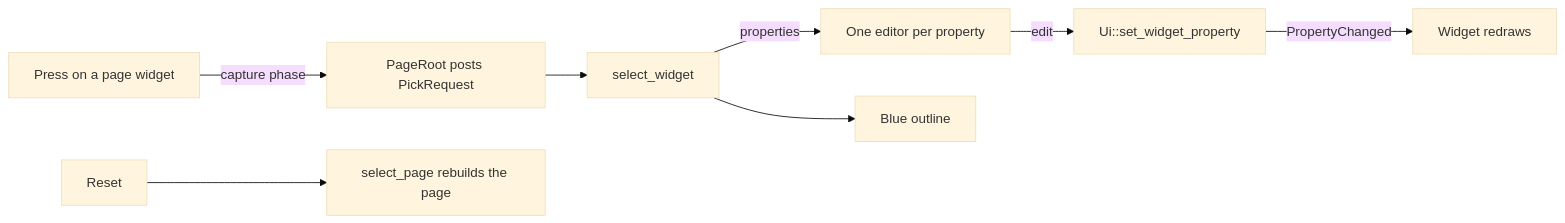
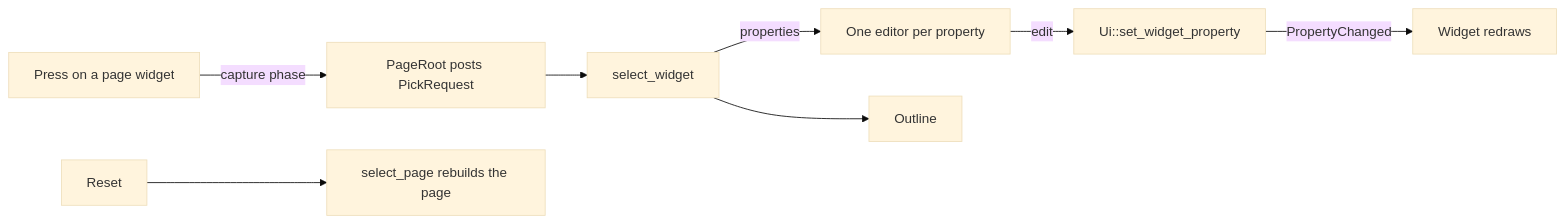
Before and after one commit to KenSuenobu/rust-pushrod: the first of 3 diagrams in pushrod-docs/docs/guides/showcase.md, drawn with Mermaid (base theme). The commit also changed other lines of this file and 3 other files, not shown here.

````diff
--- a/pushrod-docs/docs/guides/showcase.md
+++ b/pushrod-docs/docs/guides/showcase.md
@@ -48,10 +48,10 @@
 ```mermaid
 flowchart LR
     C[Press on a page widget] -->|capture phase| R[PageRoot posts PickRequest]
     R --> S[select_widget]
     S -->|properties| L[One editor per property]
-    S --> O[Blue outline]
+    S --> O[Outline]
     L -->|edit| A[Ui::set_widget_property]
     A -->|PropertyChanged| E[Widget redraws]
     X[Reset] --> P[select_page rebuilds the page]
 ```
````
